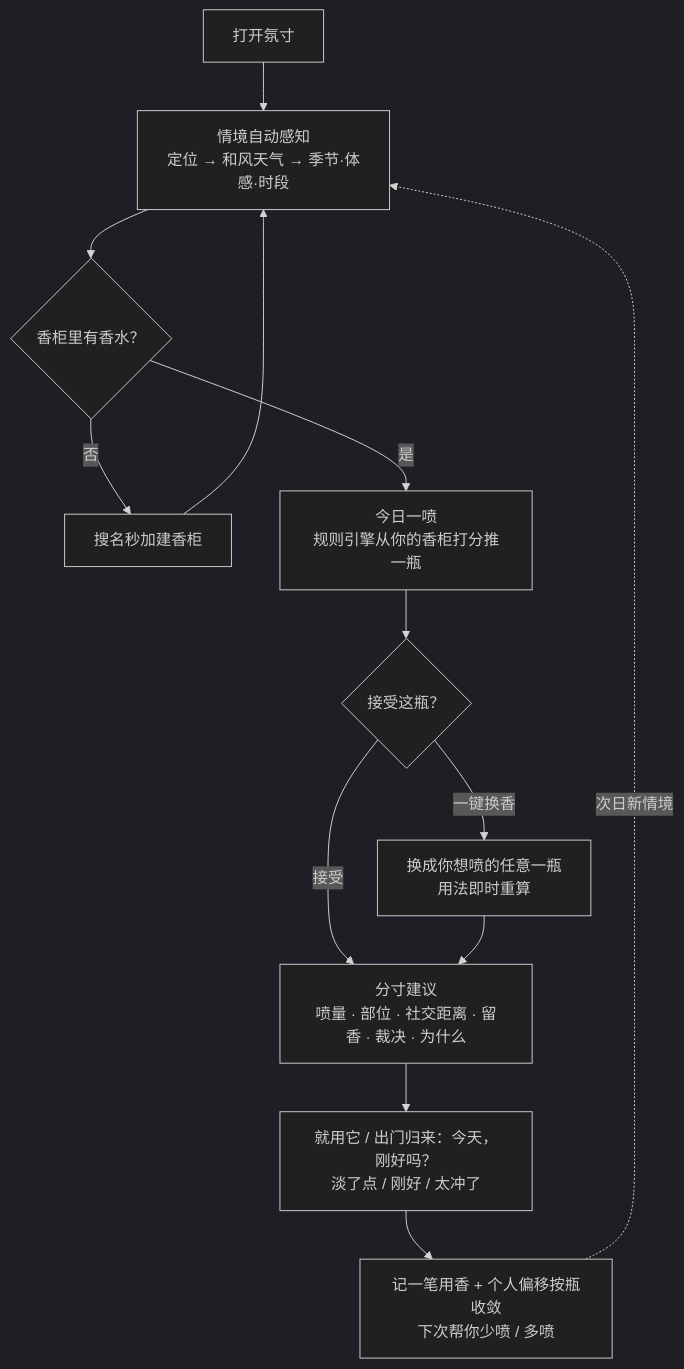
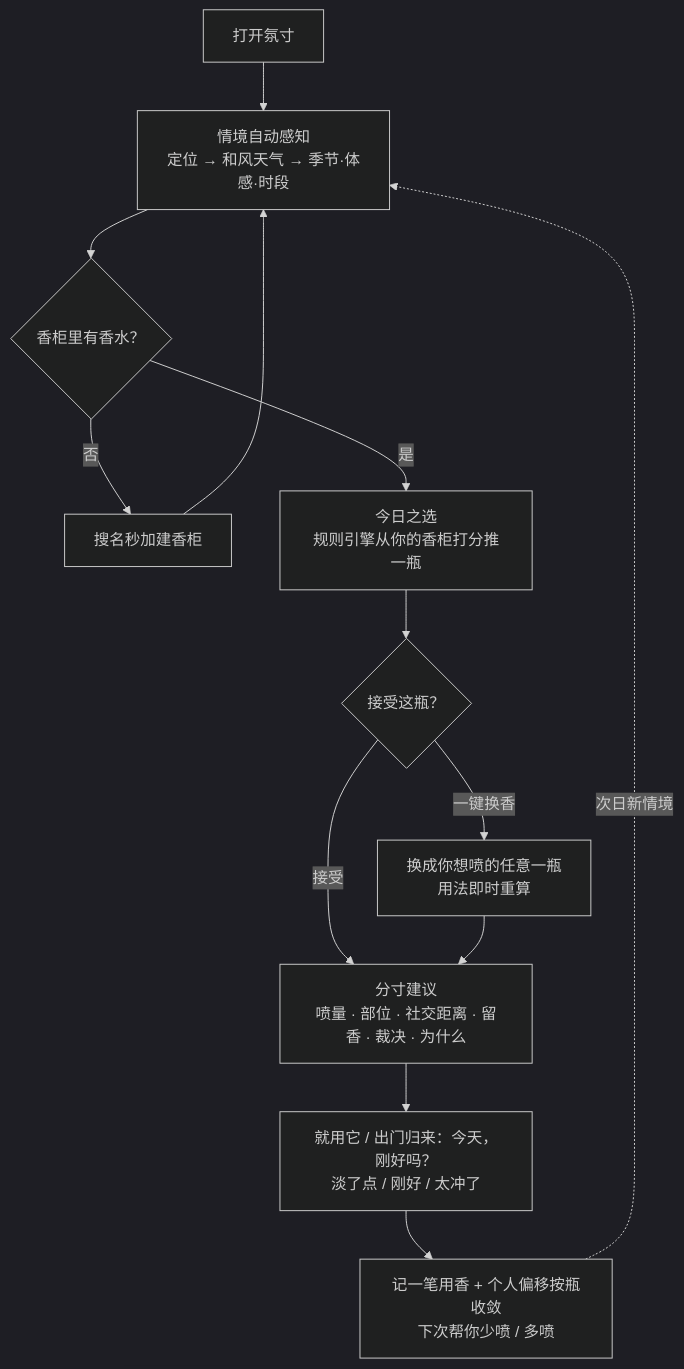
The first of 5 diagrams in docs/氛寸-产品方案.md (MrBaoboer/FenCun), drawn with Mermaid (dark theme) before and after one commit. The commit also changed other lines of this file and 23 other files, not shown here.

First line of the commit message:
polish(ui): 统一全站文案、交互与橱窗截图

````diff
--- a/docs/氛寸-产品方案.md
+++ b/docs/氛寸-产品方案.md
@@ -122,15 +122,15 @@
 ```mermaid
 flowchart TD
     A["打开氛寸"] --> B["情境自动感知<br/>定位 → 和风天气 → 季节·体感·时段"]
     B --> C{"香柜里有香水？"}
     C -->|否| D["搜名秒加建香柜"]
     D --> B
-    C -->|是| E["今日一喷<br/>规则引擎从你的香柜打分推一瓶"]
+    C -->|是| E["今日之选<br/>规则引擎从你的香柜打分推一瓶"]
     E --> F{"接受这瓶？"}
     F -->|接受| G["分寸建议<br/>喷量 · 部位 · 社交距离 · 留香 · 裁决 · 为什么"]
     F -->|一键换香| H["换成你想喷的任意一瓶<br/>用法即时重算"]
     H --> G
     G --> I["就用它 / 出门归来：今天，刚好吗？<br/>淡了点 / 刚好 / 太冲了"]
     I --> J["记一笔用香 + 个人偏移按瓶收敛<br/>下次帮你少喷 / 多喷"]
     J -. 次日新情境 .-> B
 ```
````
